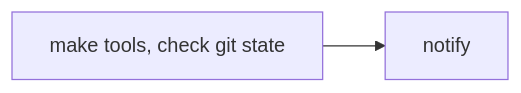
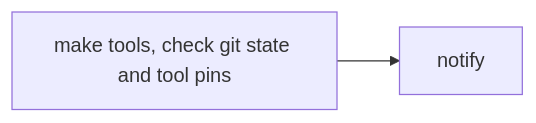
One commit to octopot/indexit changed the fifth of 10 diagrams in .github/workflows/README.md. Above: the diagram before and after it, drawn with Mermaid. The commit also changed other lines of this file and 10 other files, not shown here.

Commit message:
ci/cd: run the release guards, the full linter set and tool-pins-check in ci, cd, tools and the doctor

````diff
--- a/.github/workflows/README.md
+++ b/.github/workflows/README.md
@@ -181,4 +181,4 @@
 ```mermaid
 flowchart LR
-  check[make tools, check git state] --> notify[notify]
+  check[make tools, check git state and tool pins] --> notify[notify]
 ```
````
